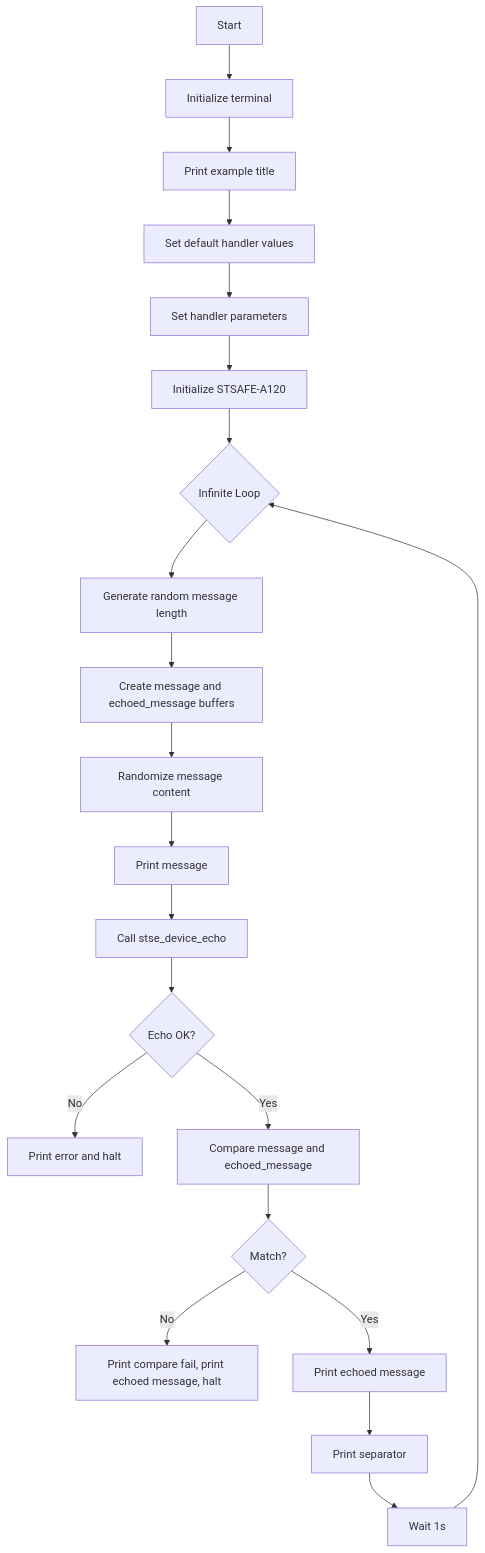
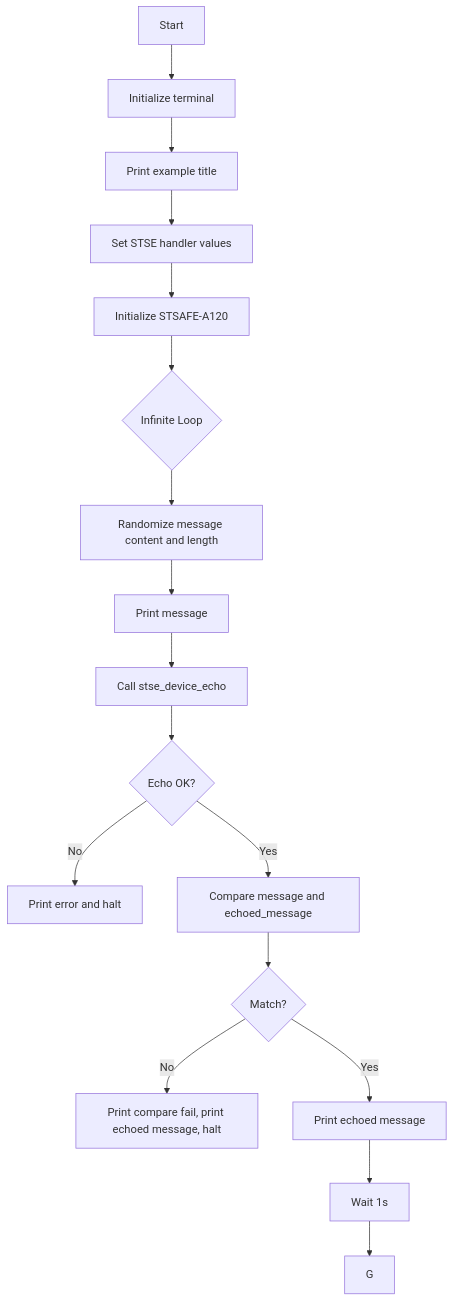
Before and after one commit to STMicroelectronics/STSAFE-A_echo: the second of 2 diagrams in README.md, drawn with Mermaid.

````diff
--- a/README.md
+++ b/README.md
@@ -29,23 +29,19 @@
 ```mermaid
 flowchart TD
     A[Start] --> B[Initialize terminal]
     B --> C[Print example title]
-    C --> D[Set default handler values]
-    D --> E[Set handler parameters]
+    C --> E[Set STSE handler values]
     E --> F[Initialize STSAFE-A120]
-    F --> G{Infinite Loop}
-    G --> H[Generate random message length]
-    H --> I[Create message and echoed_message buffers]
-    I --> J[Randomize message content]
+    F --> I{Infinite Loop}
+    I --> J[Randomize message content and length]
     J --> K[Print message]
     K --> L[Call stse_device_echo]
     L --> M{Echo OK?}
     M -- No --> N[Print error and halt]
     M -- Yes --> O[Compare message and echoed_message]
     O --> P{Match?}
     P -- No --> Q[Print compare fail, print echoed message, halt]
     P -- Yes --> R[Print echoed message]
-    R --> S[Print separator]
-    S --> T[Wait 1s]
-    T --> G
+    R --> S[Wait 1s]
+    S --> G
 ```
````
